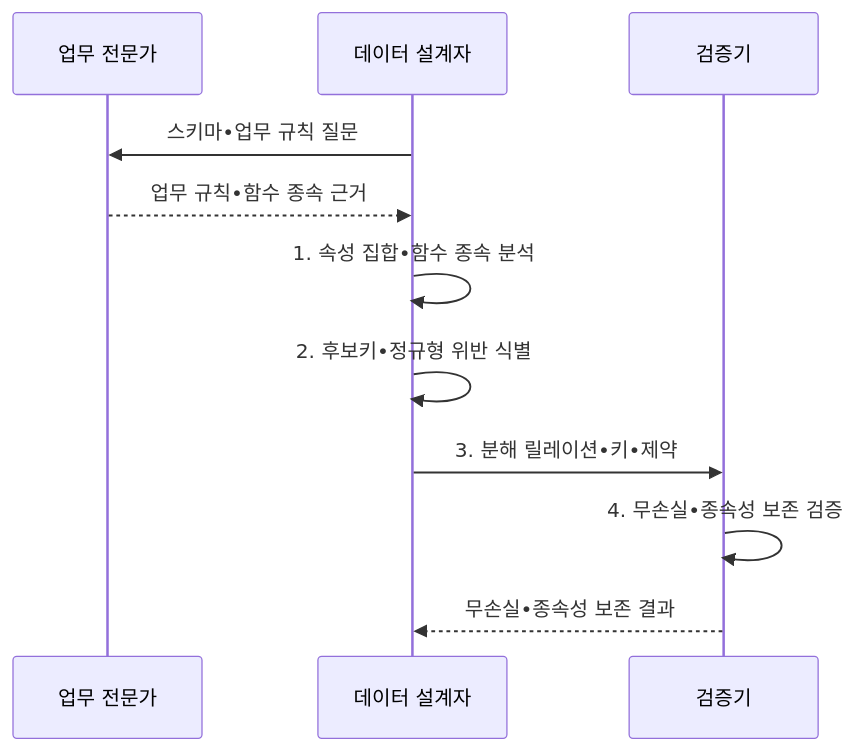
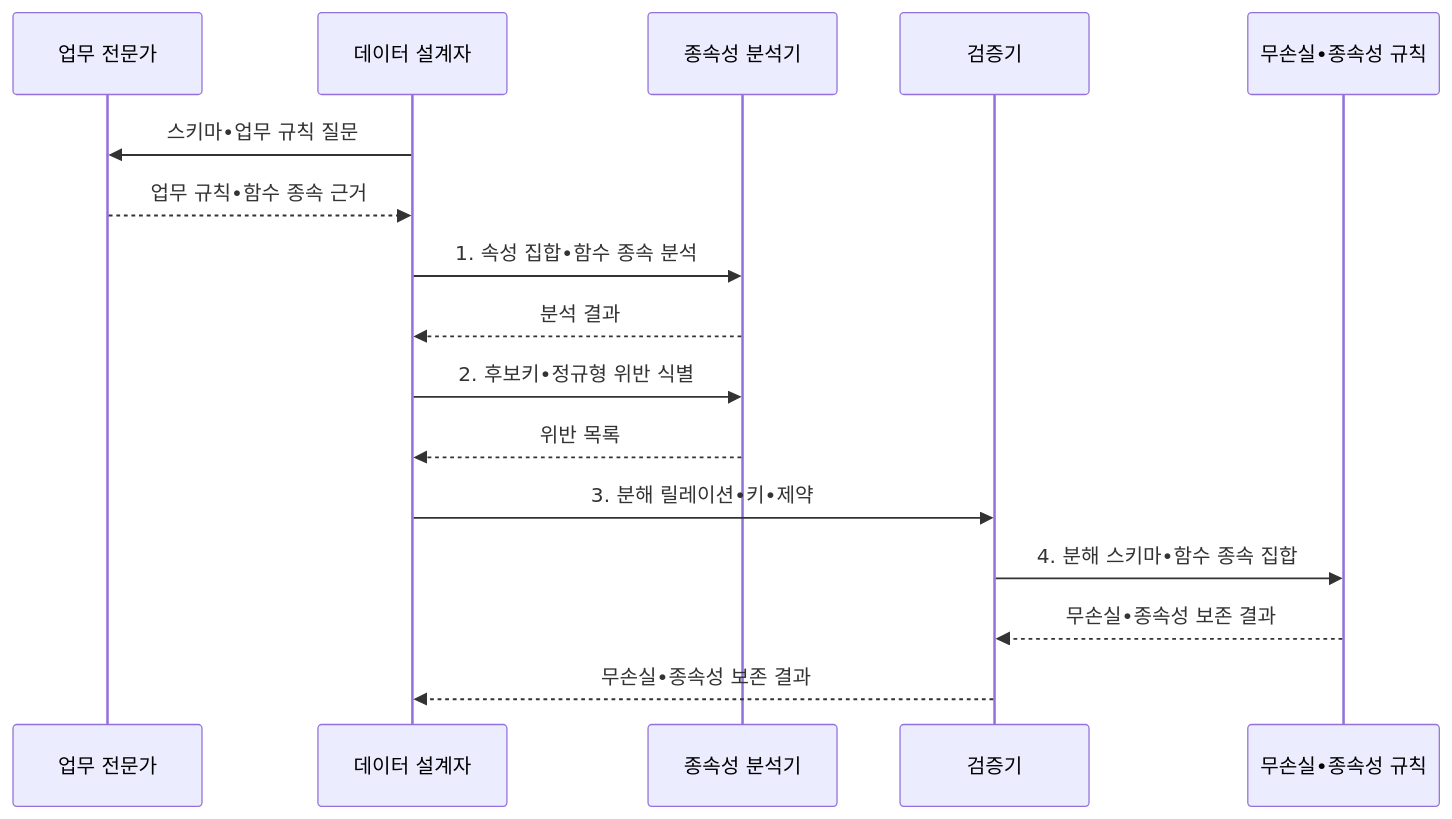
One commit to agnusdei1207/knowledge-base changed the second of 2 diagrams in src/content/docs/notes/03-software/089_database_normalization.md. Above: the diagram before and after it, drawn with Mermaid. The commit also changed other lines of this file and 15 other files, not shown here.

````diff
--- a/src/content/docs/notes/03-software/089_database_normalization.md
+++ b/src/content/docs/notes/03-software/089_database_normalization.md
@@ -105,13 +105,18 @@
 ```mermaid
 sequenceDiagram
     participant B as 업무 전문가
     participant D as 데이터 설계자
+    participant A as 종속성 분석기
     participant V as 검증기
+    participant J as 무손실•종속성 규칙
     D->>B: 스키마•업무 규칙 질문
     B-->>D: 업무 규칙•함수 종속 근거
-    D->>D: 1. 속성 집합•함수 종속 분석
-    D->>D: 2. 후보키•정규형 위반 식별
+    D->>A: 1. 속성 집합•함수 종속 분석
+    A-->>D: 분석 결과
+    D->>A: 2. 후보키•정규형 위반 식별
+    A-->>D: 위반 목록
     D->>V: 3. 분해 릴레이션•키•제약
-    V->>V: 4. 무손실•종속성 보존 검증
+    V->>J: 4. 분해 스키마•함수 종속 집합
+    J-->>V: 무손실•종속성 보존 결과
     V-->>D: 무손실•종속성 보존 결과
 ```
````
